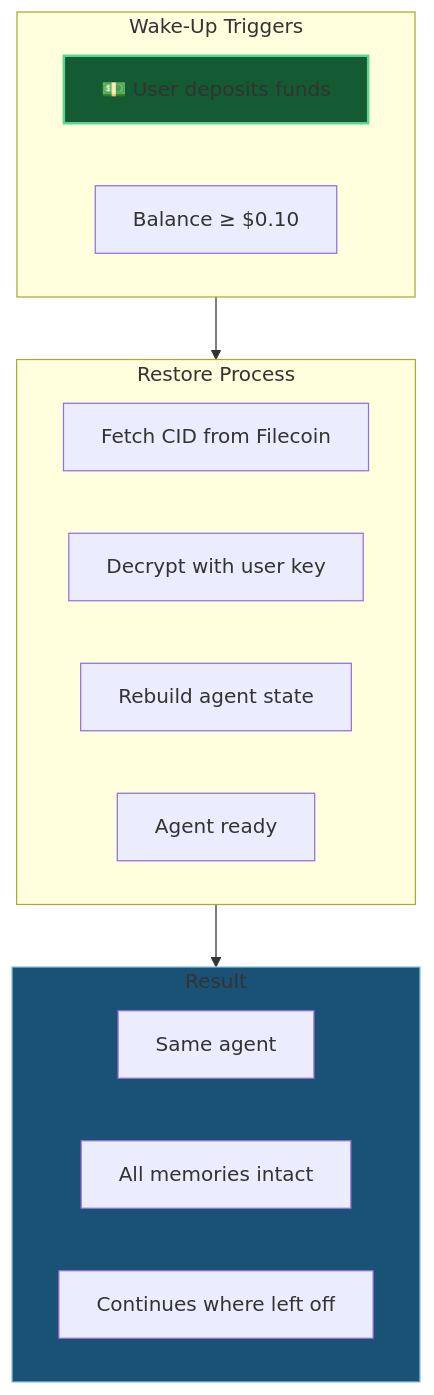
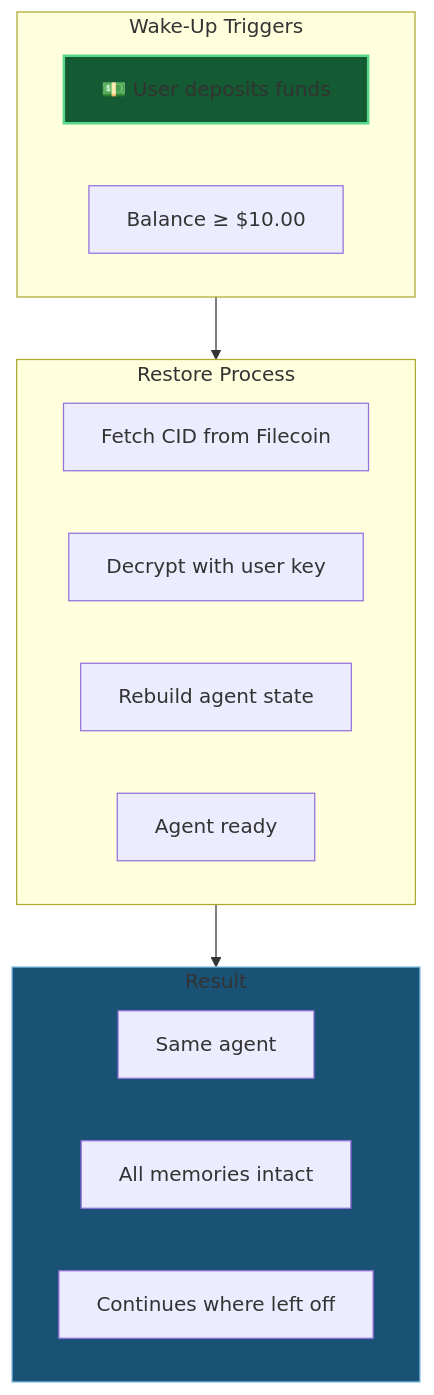
One commit to KestrelSovereignAI/kestrel-sovereign changed the seventh of 11 diagrams in docs/diagrams/data-architecture/DA-07-cryostasis.md. Above: the diagram before and after it, drawn with Mermaid. The commit also changed other lines of this file and 11 other files, not shown here.

````diff
--- a/docs/diagrams/data-architecture/DA-07-cryostasis.md
+++ b/docs/diagrams/data-architecture/DA-07-cryostasis.md
@@ -189,25 +194,25 @@
 ```mermaid
 graph TD
     subgraph trigger["Wake-Up Triggers"]
         DEPOSIT["💵 User deposits funds"]
-        THRESHOLD["Balance ≥ $0.10"]
+        THRESHOLD["Balance ≥ $10.00"]
     end
 
     subgraph restore["Restore Process"]
         FETCH["Fetch CID from Filecoin"]
         DECRYPT["Decrypt with user key"]
         REBUILD["Rebuild agent state"]
         READY["Agent ready"]
     end
 
     subgraph result["Result"]
         SAME["Same agent"]
         MEMORY["All memories intact"]
         CONTINUE["Continues where left off"]
     end
 
     trigger --> restore --> result
 
     style DEPOSIT fill:#145a32,stroke:#58d68d,stroke-width:2px
     style result fill:#1a5276,stroke:#85c1e9
 ```
````
